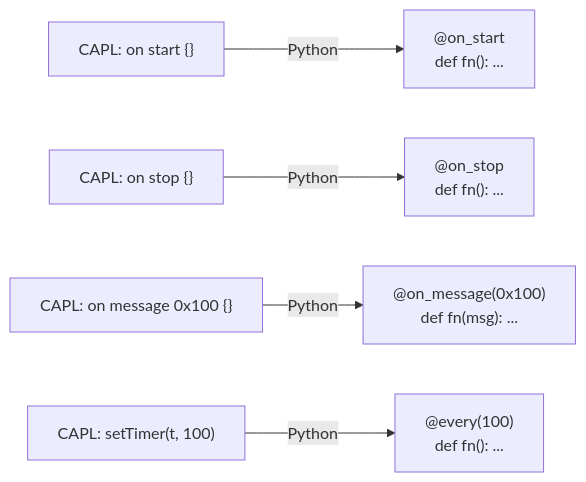
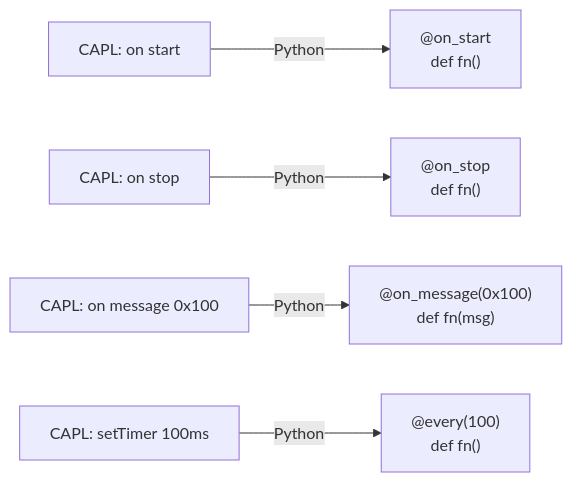
One commit to PriyanshuKSharma/AutoTestStudio changed diagram 12 of 18 in README.md. Above: the diagram before and after it, drawn with Mermaid. The commit also changed other lines of this file and 1 other file, not shown here.

Commit message:
style: replace emojis with professional Unicode symbols in sidebar nav and README diagrams

````diff
--- a/README.md
+++ b/README.md
@@ -349,7 +349,7 @@
 ```mermaid
 graph LR
-    A["CAPL: on start {}"] -->|Python| B["@on_start\ndef fn(): ..."]
-    C["CAPL: on stop {}"] -->|Python| D["@on_stop\ndef fn(): ..."]
-    E["CAPL: on message 0x100 {}"] -->|Python| F["@on_message(0x100)\ndef fn(msg): ..."]
-    G["CAPL: setTimer(t, 100)"] -->|Python| H["@every(100)\ndef fn(): ..."]
+    A["CAPL: on start"] -->|Python| B["@on_start\ndef fn()"]
+    C["CAPL: on stop"] -->|Python| D["@on_stop\ndef fn()"]
+    E["CAPL: on message 0x100"] -->|Python| F["@on_message(0x100)\ndef fn(msg)"]
+    G["CAPL: setTimer 100ms"] -->|Python| H["@every(100)\ndef fn()"]
 ```
````
